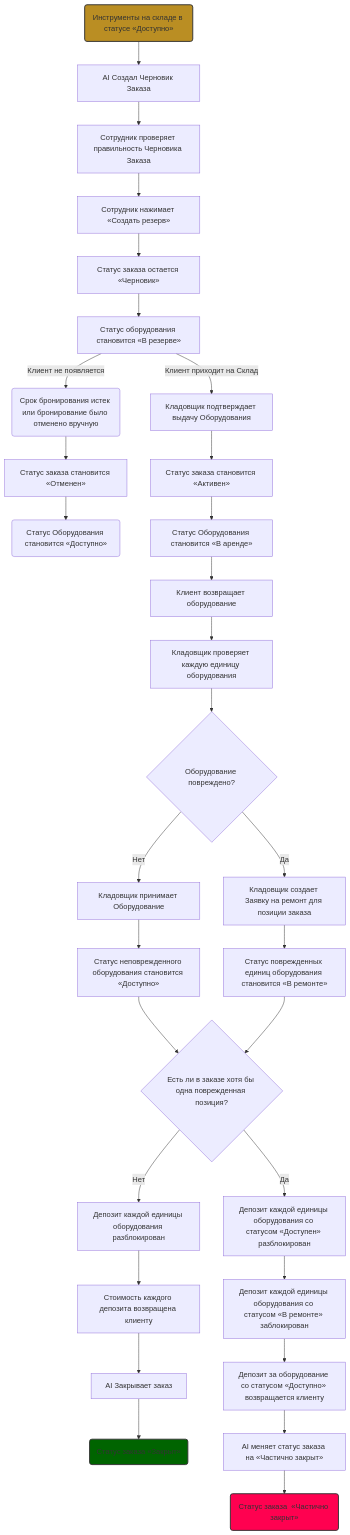
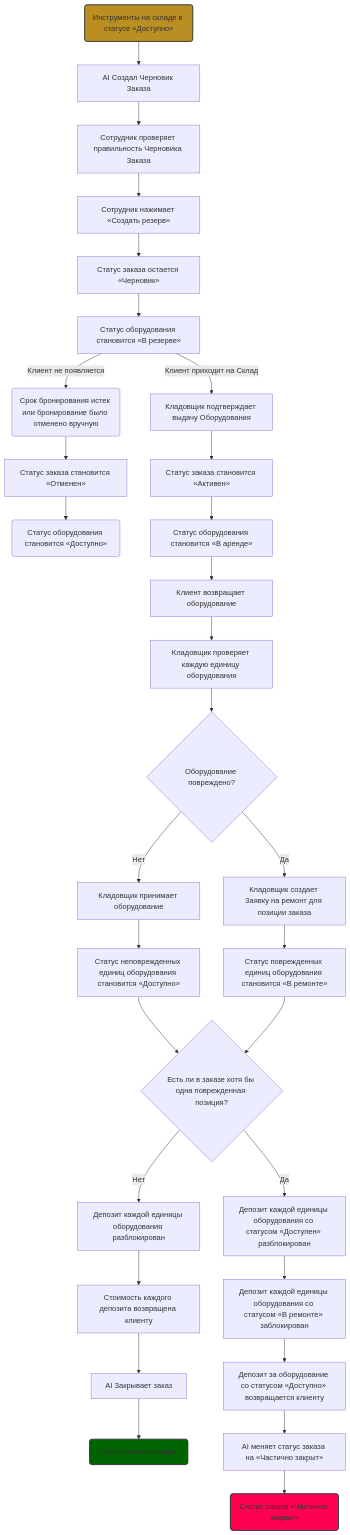
One commit to Diamko94/rentals1 changed the diagram in flowchart4.md. Above: the diagram before and after it, drawn with Mermaid.

````diff
--- a/flowchart4.md
+++ b/flowchart4.md
@@ -1,53 +1,53 @@
 ```mermaid
 flowchart TD
 
  %% Выделение цветом
     style D0 fill:#BA8E23,stroke:#333,stroke-width:2px
     style V1 fill:#006400,stroke:#333,stroke-width:2px
     style W1 fill:#ff0150,stroke:#333,stroke-width:2px
 
 
     %% Подтверждение
     D0(Инструменты на складе в статусе «Доступно»)
     D0 --> D00[AI Создал Черновик Заказа]
     D00 --> D000[Сотрудник проверяет правильность Черновика Заказа]
 
     D000 --> D1[Сотрудник нажимает «Создать резерв»]
     D1 --> B[Статус заказа остается «Черновик»]
     B --> B1[Статус оборудования становится «В резерве»]
 
 
     %% Выдача
     B1 --> |Клиент приходит на Склад| I[Кладовщик подтверждает выдачу Оборудования]
     B1 --> |Клиент не появляется| E(Срок бронирования истек или бронирование было отменено вручную)
     E --> F[Статус заказа становится «Отменен»]
     I --> J[Статус заказа становится «Активен»]
-    F --> C(Статус Оборудования становится «Доступно»)
-    J --> X[Статус Оборудования становится «В аренде»]
+    F --> C(Статус оборудования становится «Доступно»)
+    J --> X[Статус оборудования становится «В аренде»]
 
     %% Возврат
     X --> K[Клиент возвращает оборудование]
     K --> L[Кладовщик проверяет каждую единицу оборудования]
     L --> M{Оборудование повреждено?}
     
     M --> |Да| P[Кладовщик создает Заявку на ремонт для позиции заказа]
     P --> R[Статус поврежденных единиц оборудования становится «В ремонте»]
-    M --> |Нет| P1[Кладовщик принимает Оборудование]
-    P1 --> T[Статус неповрежденного оборудования становится «Доступно»]
+    M --> |Нет| P1[Кладовщик принимает оборудование]
+    P1 --> T[Статус неповрежденных единиц оборудования становится «Доступно»]
 
     %% Расчет
     T --> N{Есть ли в заказе хотя бы одна поврежденная позиция?}
     R --> N
 
     %%  Закрытие Заказа
     N --> |Нет| Q[Депозит каждой единицы оборудования разблокирован]
     Q --> Q1[Стоимость каждого депозита возвращена клиенту] 
     Q1 --> V[AI Закрывает заказ]
     V --> V1(Статус заказа «Закрыт»)
 
     N --> |Да| S[Депозит каждой единицы оборудования со статусом «Доступен» разблокирован]
     S --> S1[Депозит каждой единицы оборудования со статусом «В ремонте» заблокирован]
     S1 --> U[Депозит за оборудование со статусом «Доступно» возвращается клиенту]
     U --> W[AI меняет статус заказа на «Частично закрыт»]
-    W --> W1(Статус заказа  «Частично закрыт»)
+    W --> W1(Статус заказа «Частично закрыт»)
 ```
````
